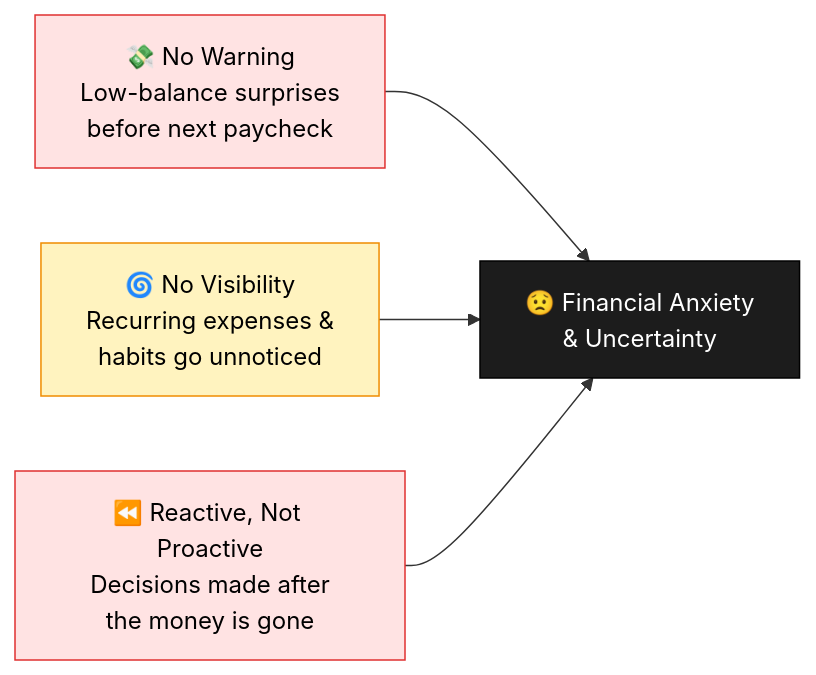
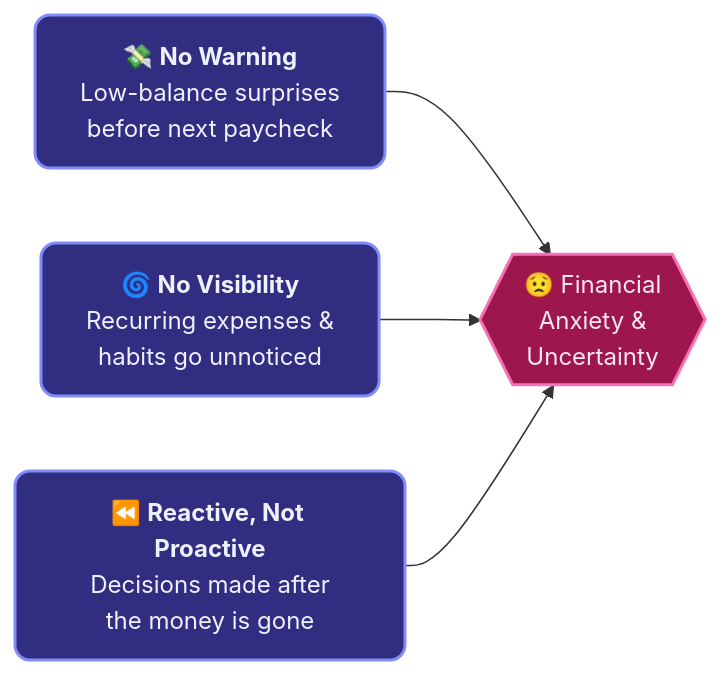
The first of 5 diagrams in README.md (ShraddhaD-07/project), drawn with Mermaid before and after one commit. The commit also changed other lines of this file, not shown here.

````diff
--- a/README.md
+++ b/README.md
@@ -37,12 +67,11 @@
 ```mermaid
 flowchart LR
-    A["💸 No Warning<br/>Low-balance surprises<br/>before next paycheck"] --> D{The Result}
-    B["🌀 No Visibility<br/>Recurring expenses &<br/>habits go unnoticed"] --> D
-    C["⏪ Reactive, Not Proactive<br/>Decisions made after<br/>the money is gone"] --> D
-    D["😟 Financial Anxiety<br/>& Uncertainty"]
+    A["💸 <b>No Warning</b><br/>Low-balance surprises<br/>before next paycheck"] --> D{{"😟 Financial<br/>Anxiety &<br/>Uncertainty"}}
+    B["🌀 <b>No Visibility</b><br/>Recurring expenses &<br/>habits go unnoticed"] --> D
+    C["⏪ <b>Reactive, Not Proactive</b><br/>Decisions made after<br/>the money is gone"] --> D
 
-    style A fill:#ffe3e3,stroke:#e03131,color:#000
-    style B fill:#fff3bf,stroke:#f08c00,color:#000
-    style C fill:#ffe3e3,stroke:#e03131,color:#000
-    style D fill:#1c1c1c,stroke:#000,color:#fff
+    classDef problem fill:#312E81,stroke:#818CF8,stroke-width:2px,color:#EEF2FF,rx:10,ry:10
+    classDef result fill:#9D174D,stroke:#F472B6,stroke-width:2px,color:#FCE7F3,rx:10,ry:10
+    class A,B,C problem
+    class D result
 ```
````
